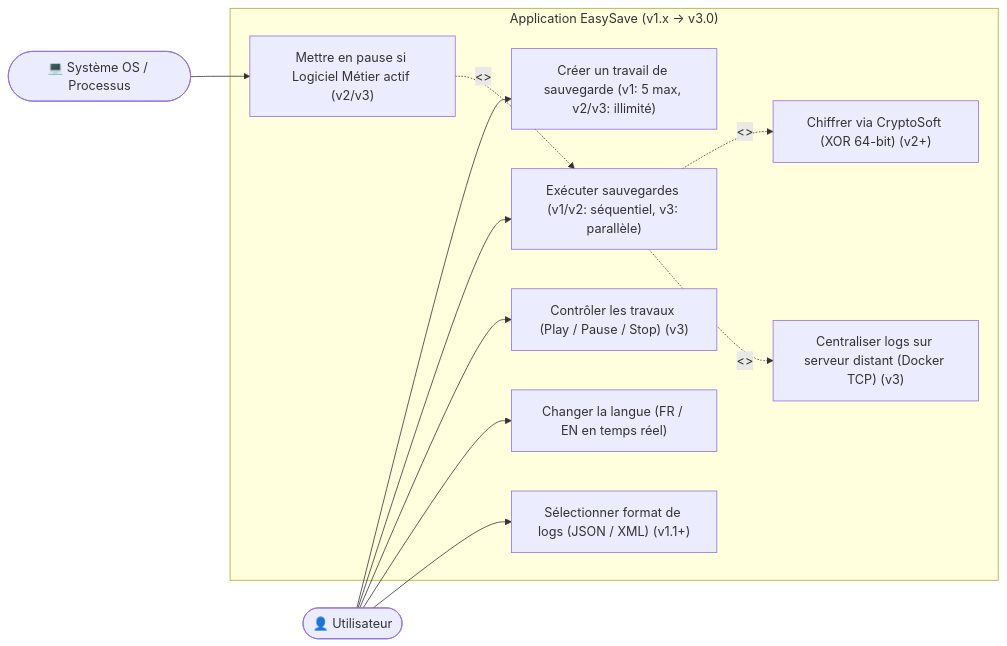
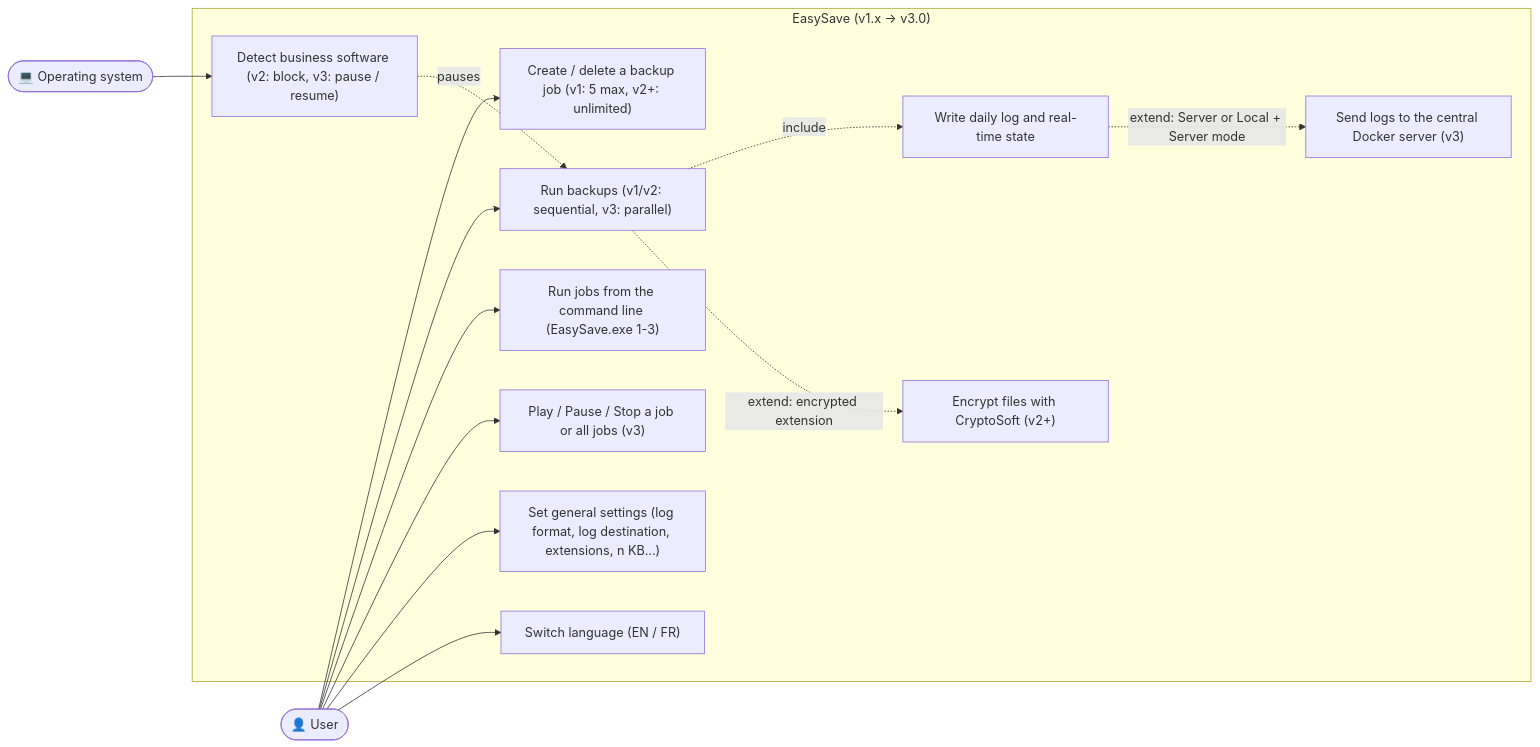
Before and after one commit to joanperreyprato/EasySave_Joan: the first of 4 diagrams in docs/UML_DIAGRAMS.md, drawn with Mermaid. The commit also changed other lines of this file and 55 other files, not shown here.

````diff
--- a/docs/UML_DIAGRAMS.md
+++ b/docs/UML_DIAGRAMS.md
@@ -10,27 +10,30 @@
 ```mermaid
 flowchart LR
-    User(["👤 Utilisateur"])
-    SysUser(["💻 Système OS / Processus"])
+    User(["👤 User"])
+    OS(["💻 Operating system"])
 
-    subgraph EasySave ["Application EasySave (v1.x -> v3.0)"]
-        UC_Create["Créer un travail de sauvegarde (v1: 5 max, v2/v3: illimité)"]
-        UC_Run["Exécuter sauvegardes (v1/v2: séquentiel, v3: parallèle)"]
-        UC_Control["Contrôler les travaux (Play / Pause / Stop) (v3)"]
-        UC_Lang["Changer la langue (FR / EN en temps réel)"]
-        UC_Format["Sélectionner format de logs (JSON / XML) (v1.1+)"]
-        UC_Crypto["Chiffrer via CryptoSoft (XOR 64-bit) (v2+)"]
-        UC_Detect["Mettre en pause si Logiciel Métier actif (v2/v3)"]
-        UC_Remote["Centraliser logs sur serveur distant (Docker TCP) (v3)"]
+    subgraph EasySave ["EasySave (v1.x → v3.0)"]
+        UC_Create["Create / delete a backup job (v1: 5 max, v2+: unlimited)"]
+        UC_Run["Run backups (v1/v2: sequential, v3: parallel)"]
+        UC_Cli["Run jobs from the command line (EasySave.exe 1-3)"]
+        UC_Control["Play / Pause / Stop a job or all jobs (v3)"]
+        UC_Settings["Set general settings (log format, log destination, extensions, n KB...)"]
+        UC_Lang["Switch language (EN / FR)"]
+        UC_Crypto["Encrypt files with CryptoSoft (v2+)"]
+        UC_Log["Write daily log and real-time state"]
+        UC_Central["Send logs to the central Docker server (v3)"]
+        UC_Detect["Detect business software (v2: block, v3: pause / resume)"]
     end
 
     User --> UC_Create
     User --> UC_Run
+    User --> UC_Cli
     User --> UC_Control
+    User --> UC_Settings
     User --> UC_Lang
-    User --> UC_Format
-
-    UC_Run -.->|<<include>>| UC_Crypto
-    SysUser --> UC_Detect
-    UC_Detect -.->|<<interrompt/suspend>>| UC_Run
-    UC_Run -.->|<<optionnel>>| UC_Remote
+    UC_Run -.->|include| UC_Log
+    UC_Run -.->|extend: encrypted extension| UC_Crypto
+    UC_Log -.->|extend: Server or Local + Server mode| UC_Central
+    OS --> UC_Detect
+    UC_Detect -.->|pauses| UC_Run
 ```
````
